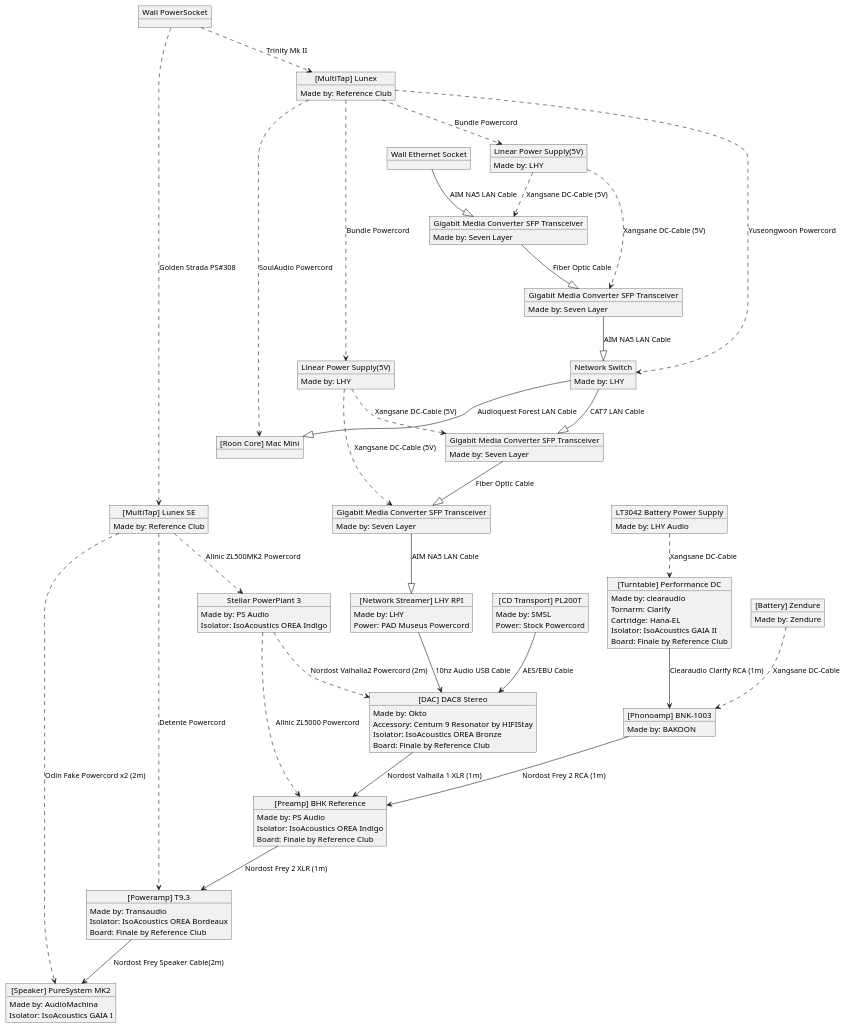
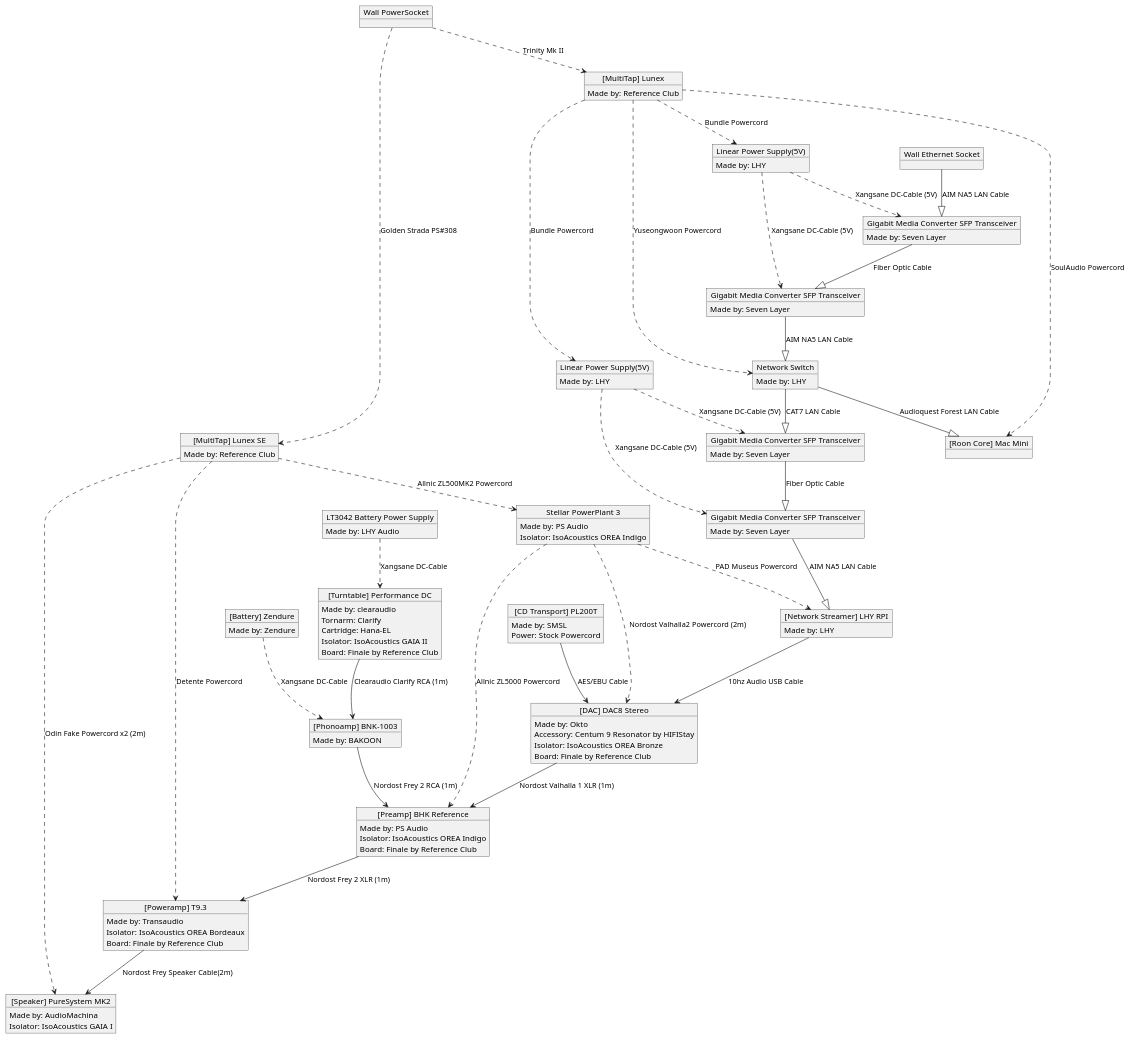
One commit to zebehn/zebehn.github.io changed the diagram in hifi-audio/system_2609.puml. Above: the diagram before and after it, drawn with PlantUML.

Commit message:
HI-FI 9월판: LHY RPI 전원을 Stellar PowerPlant 3 → PAD Museus 연결선으로 표기

```diff
--- a/hifi-audio/system_2609.puml
+++ b/hifi-audio/system_2609.puml
@@ -1,120 +1,120 @@
 @startuml minsu-hifi-2609v1
 
 object "[DAC] DAC8 Stereo" as dac
 dac : Made by: Okto
 dac : Accessory: Centum 9 Resonator by HIFIStay
 dac : Isolator: IsoAcoustics OREA Bronze
 dac : Board: Finale by Reference Club
 
 object "[Turntable] Performance DC" as turntable
 turntable : Made by: clearaudio
 turntable : Tornarm: Clarify
 turntable : Cartridge: Hana-EL
 turntable : Isolator: IsoAcoustics GAIA II
 turntable : Board: Finale by Reference Club
 
 object "[Preamp] BHK Reference" as preamp
 preamp : Made by: PS Audio
 preamp : Isolator: IsoAcoustics OREA Indigo
 preamp : Board: Finale by Reference Club
 
 object "[Poweramp] T9.3" as poweramp
 poweramp : Made by: Transaudio
 poweramp : Isolator: IsoAcoustics OREA Bordeaux
 poweramp : Board: Finale by Reference Club
 
 object "[Phonoamp] BNK-1003" as phononamp
 phononamp : Made by: BAKOON
 
 object "LT3042 Battery Power Supply" as batteryps
 batteryps : Made by: LHY Audio
 
 object "Linear Power Supply(5V)" as linear1
 linear1 : Made by: LHY
 
 object "Linear Power Supply(5V)" as linear2
 linear2 : Made by: LHY
 
 object "[Battery] Zendure" as battery
 battery : Made by: Zendure
 
 object "[Speaker] PureSystem MK2" as speaker
 speaker : Made by: AudioMachina
 speaker : Isolator: IsoAcoustics GAIA I
 
 object "[Network Streamer] LHY RPI" as streamer
 streamer : Made by: LHY
-streamer : Power: PAD Museus Powercord
 
 object "[CD Transport] PL200T" as cdt
 cdt : Made by: SMSL
 cdt : Power: Stock Powercord
 
 object "[Roon Core] Mac Mini" as macmini
 
 object "[MultiTap] Lunex SE" as multitap1
 multitap1 : Made by: Reference Club
 
 object "[MultiTap] Lunex" as multitap2
 multitap2 : Made by: Reference Club
 
 object "Stellar PowerPlant 3" as powerregenerator
 powerregenerator : Made by: PS Audio
 powerregenerator : Isolator: IsoAcoustics OREA Indigo
 
 object "Wall PowerSocket" as wallpowersocket
 object "Wall Ethernet Socket" as walllansocket
 
 object "Network Switch" as netswitch
 netswitch : Made by: LHY
 
 object "Gigabit Media Converter SFP Transceiver" as fiberhub1
 fiberhub1 : Made by: Seven Layer
 
 object "Gigabit Media Converter SFP Transceiver" as fiberhub2
 fiberhub2 : Made by: Seven Layer
 
 object "Gigabit Media Converter SFP Transceiver" as fiberhub3
 fiberhub3 : Made by: Seven Layer
 
 object "Gigabit Media Converter SFP Transceiver" as fiberhub4
 fiberhub4 : Made by: Seven Layer
 
 dac --> preamp : Nordost Valhalla 1 XLR (1m)
 preamp --> poweramp : Nordost Frey 2 XLR (1m)
 poweramp --> speaker : Nordost Frey Speaker Cable(2m)
 phononamp --> preamp : Nordost Frey 2 RCA (1m)
 turntable --> phononamp: Clearaudio Clarify RCA (1m)
 
 wallpowersocket ..> multitap1: Golden Strada PS#308
 multitap1 ..> powerregenerator: Allnic ZL500MK2 Powercord
 powerregenerator ..> preamp: Allnic ZL5000 Powercord
 multitap1 ..> poweramp: Detente Powercord
 powerregenerator ..> dac : Nordost Valhalla2 Powercord (2m)
+powerregenerator ..> streamer: PAD Museus Powercord
 
 wallpowersocket ..> multitap2: Trinity Mk II
 multitap2 ..> linear1: Bundle Powercord
 multitap2 ..> linear2: Bundle Powercord
 linear1 ..> fiberhub3: Xangsane DC-Cable (5V)
 linear1 ..> fiberhub4: Xangsane DC-Cable (5V)
 multitap2 ..> macmini: SoulAudio Powercord
 
 batteryps ..> turntable: Xangsane DC-Cable
 multitap1 ..> speaker: Odin Fake Powercord x2 (2m)
 battery ..> phononamp: Xangsane DC-Cable
 multitap2 ..> netswitch: Yuseongwoon Powercord
 linear2 ..> fiberhub1: Xangsane DC-Cable (5V)
 linear2 ..> fiberhub2: Xangsane DC-Cable (5V)
 
 streamer --> dac: 10hz Audio USB Cable
 cdt --> dac: AES/EBU Cable
 
 walllansocket --|> fiberhub1: AIM NA5 LAN Cable
 fiberhub1 --|> fiberhub2: Fiber Optic Cable
 fiberhub2 --|> netswitch: AIM NA5 LAN Cable
 netswitch --|> macmini: Audioquest Forest LAN Cable
 netswitch --|> fiberhub3: CAT7 LAN Cable
 fiberhub3 --|> fiberhub4: Fiber Optic Cable
 fiberhub4 --|> streamer: AIM NA5 LAN Cable
 
 @enduml
```
